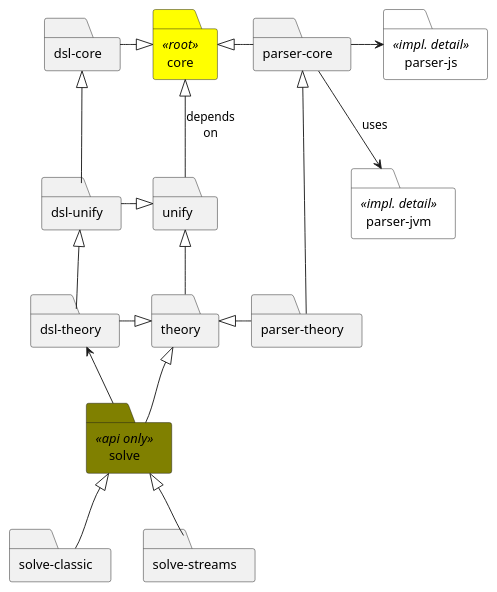
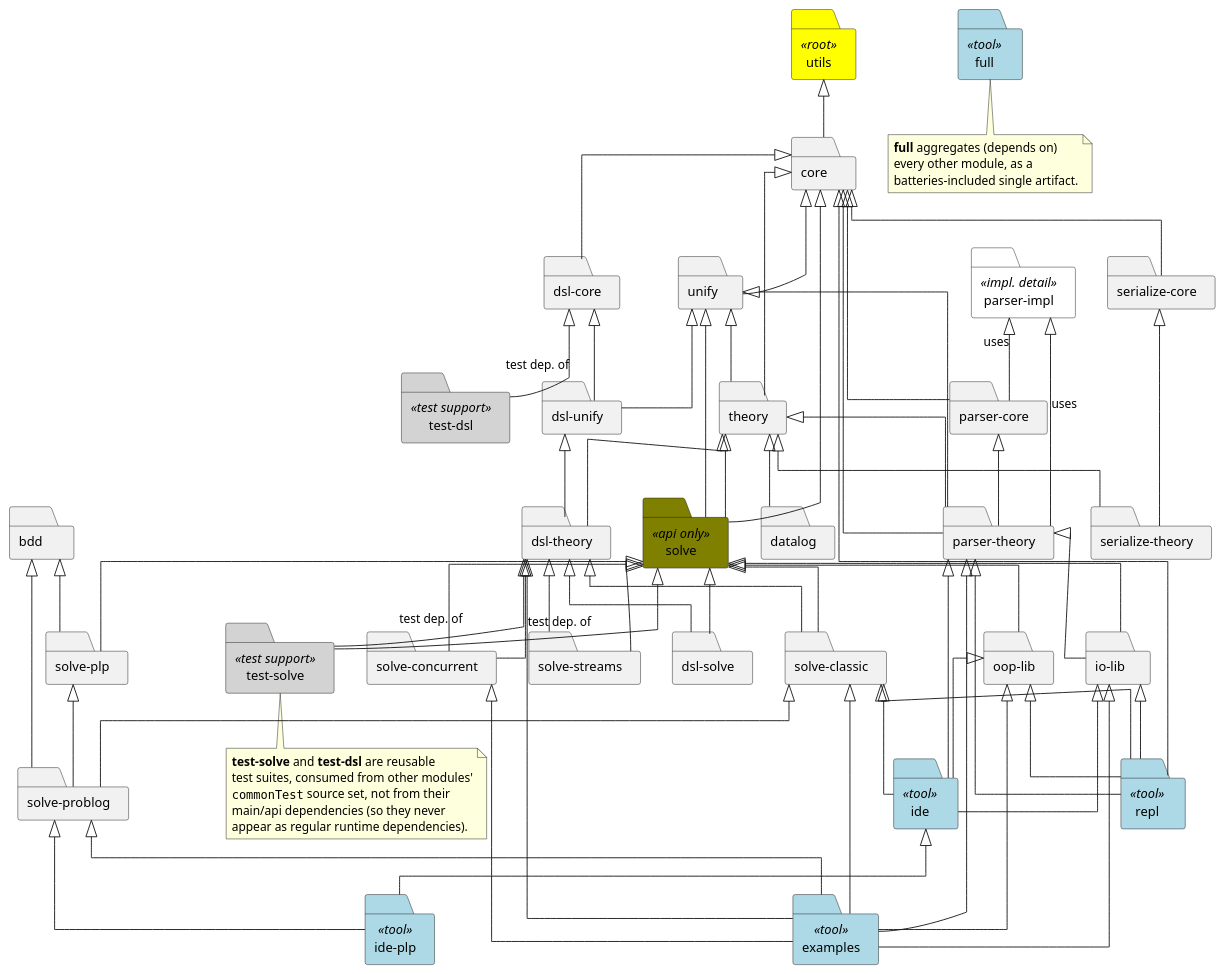
One commit to tuProlog/2p-kt changed the diagram in documentation/diagrams/project-map.puml. Above: the diagram before and after it, drawn with PlantUML. The commit also changed 30 other files, not shown here.

```diff
--- a/documentation/diagrams/project-map.puml
+++ b/documentation/diagrams/project-map.puml
@@ -1,44 +1,144 @@
 @startuml
 top to bottom direction
 skinparam shadowing false
+skinparam linetype ortho
 
 skinparam folder {
+  BackgroundColor<<root>> yellow
   BackgroundColor<<api only>> olive
-  BackgroundColor<<root>> yellow
   BackgroundColor<<impl. detail>> white
+  BackgroundColor<<test support>> lightgray
+  BackgroundColor<<tool>> lightblue
 }
 
-folder "core" <<root>>
+folder "utils" <<root>>
+folder "core"
 folder "unify"
 folder "theory"
+folder "datalog"
+folder "bdd"
+
 folder "dsl-core" as DC
 folder "dsl-unify" as DU
 folder "dsl-theory" as DT
+folder "dsl-solve" as DS
+
 folder "solve" <<api only>>
 folder "solve-classic" as SC
 folder "solve-streams" as SS
+folder "solve-concurrent" as SCON
+folder "solve-plp" as SPLP
+folder "solve-problog" as SPL
+
 folder "parser-core" as PC
-folder "parser-jvm" <<impl. detail>> as PJVM
-folder "parser-js" <<impl. detail>> as PJS
+folder "parser-impl" <<impl. detail>> as PI
 folder "parser-theory" as PT
 
-core <|-down- unify : depends\non
+folder "serialize-core" as SRC
+folder "serialize-theory" as SRT
+
+folder "test-solve" <<test support>> as TS
+folder "test-dsl" <<test support>> as TD
+
+folder "oop-lib" as OOP
+folder "io-lib" as IO
+folder "repl" <<tool>>
+folder "ide" <<tool>>
+folder "ide-plp" <<tool>> as IDEPLP
+folder "examples" <<tool>>
+folder "full" <<tool>>
+
+' -- Foundation --
+utils <|-down- core
+
+' -- Unification & theories --
+core <|-down- unify
+core <|-down- theory
 unify <|-down- theory
+theory <|-down- datalog
+
+' -- Kotlin DSL --
+core <|-down- DC
+DC <|-down- DU
+unify <|-down- DU
+DU <|-down- DT
+theory <|-down- DT
+DT <|-down- DS
+
+' -- Resolution (solve) --
+core <|-down- solve
+unify <|-down- solve
 theory <|-down- solve
-solve <|-- SC
-solve <|-- SS
+solve <|-down- SC
+DT <|-down- SC
+solve <|-down- DS
+solve <|-down- SS
+DT <|-down- SS
+solve <|-down- SCON
+DT <|-down- SCON
+solve <|-down- SPLP
+bdd <|-down- SPLP
+bdd <|-down- SPL
+SC <|-down- SPL
+SPLP <|-down- SPL
 
-DC -right-|> core
-DU -right-|> unify
-DU -up-|> DC
-DT -right-|> theory
-DT -up-|> DU
-DT <-- solve
+' -- Parsing --
+core <|-down- PC
+PI <|-down- PC : uses
+core <|-down- PT
+unify <|-down- PT
+theory <|-down- PT
+PC <|-down- PT
+PI <|-down- PT : uses
 
-PC -left-|> core
-PT -left-|> theory
-PT -up-|> PC
+' -- Serialization --
+core <|-down- SRC
+theory <|-down- SRT
+SRC <|-down- SRT
 
-PC --> PJVM : uses
-PC -right-> PJS
+' -- Test-support modules (consumed from `commonTest`, not from `commonMain`) --
+solve <|-down- TS : test dep. of
+DT <|-down- TS : test dep. of
+DC <|-down- TD : test dep. of
+
+' -- Libraries & tools --
+solve <|-down- OOP
+solve <|-down- IO
+PT <|-down- IO
+
+core <|-down- "repl"
+OOP <|-down- "repl"
+IO <|-down- "repl"
+SC <|-down- "repl"
+PT <|-down- "repl"
+
+IO <|-down- "ide"
+OOP <|-down- "ide"
+PT <|-down- "ide"
+SC <|-down- "ide"
+
+"ide" <|-down- IDEPLP
+SPL <|-down- IDEPLP
+
+SC <|-down- "examples"
+SCON <|-down- "examples"
+SPL <|-down- "examples"
+DT <|-down- "examples"
+PT <|-down- "examples"
+IO <|-down- "examples"
+OOP <|-down- "examples"
+
+note bottom of TS
+  **test-solve** and **test-dsl** are reusable
+  test suites, consumed from other modules'
+  ""commonTest"" source set, not from their
+  main/api dependencies (so they never
+  appear as regular runtime dependencies).
+end note
+
+note bottom of "full"
+  **full** aggregates (depends on)
+  every other module, as a
+  batteries-included single artifact.
+end note
 @enduml
```
